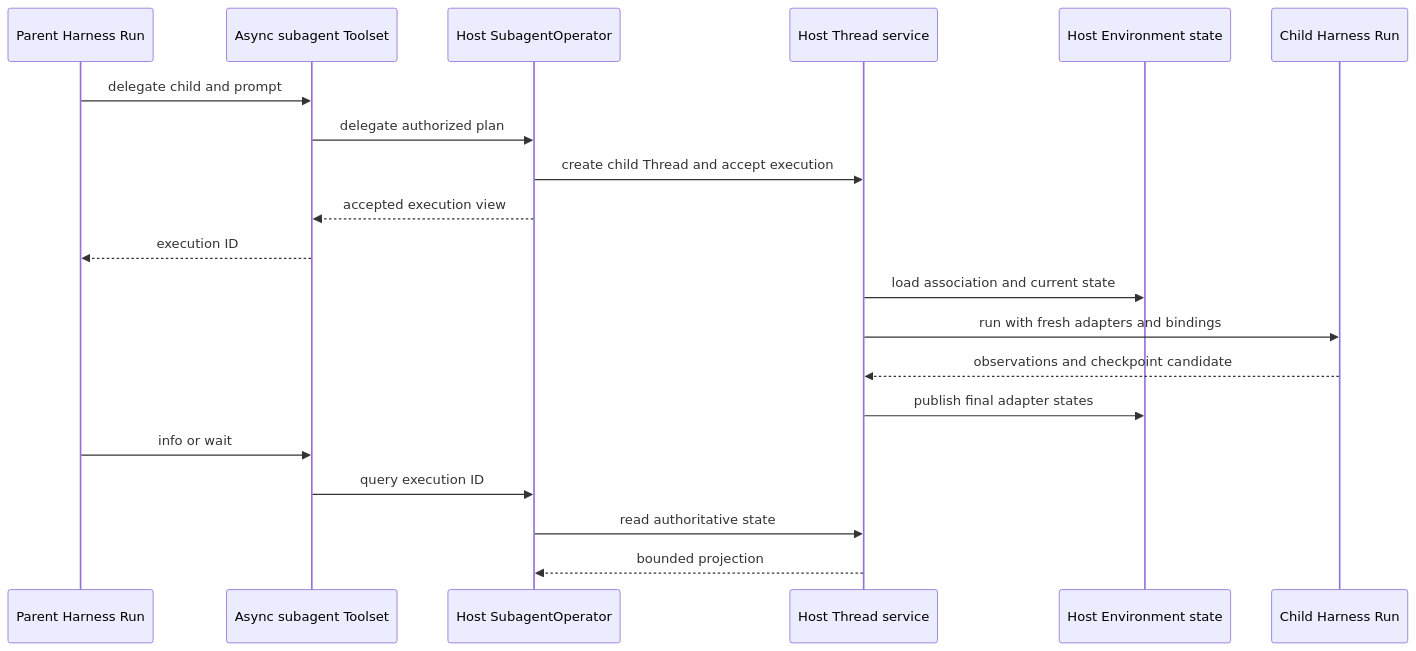
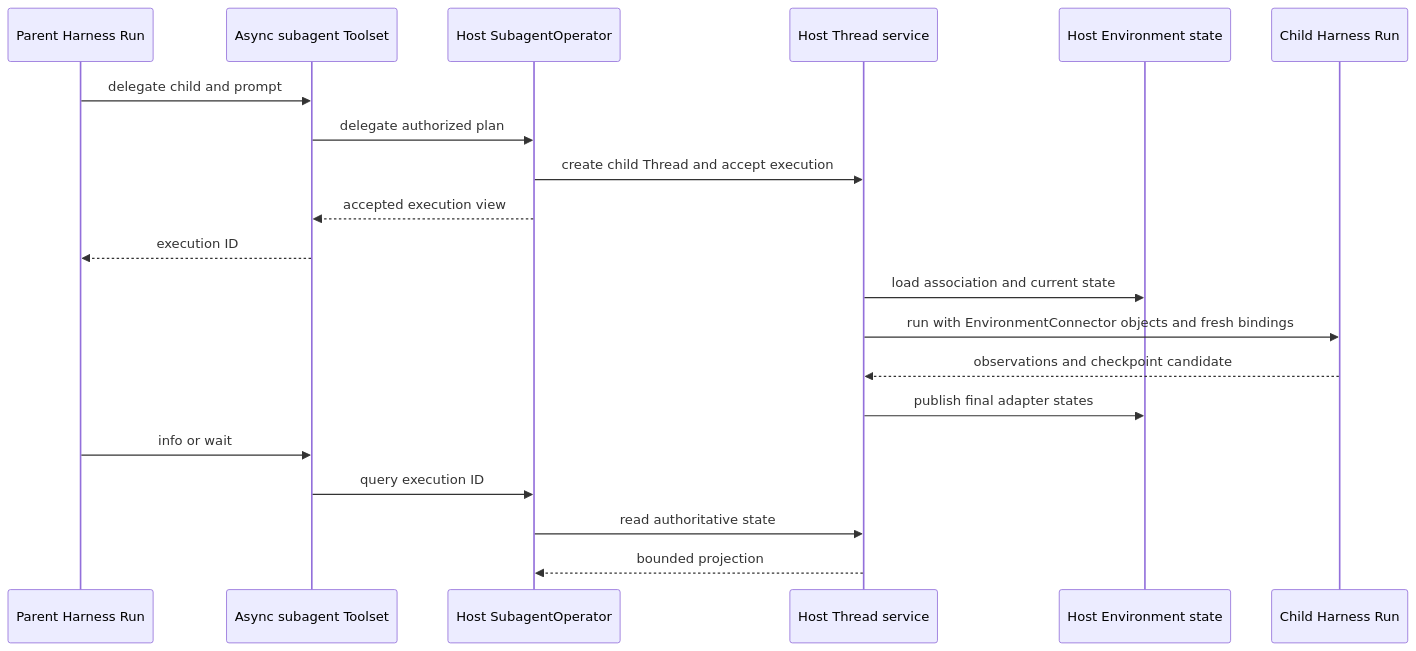
One commit to converge-ai-labs/agent-foundation changed the second of 2 diagrams in spec/a13n-harness/20-async-components-and-lifecycle.md. Above: the diagram before and after it, drawn with Mermaid. The commit also changed other lines of this file and 37 other files, not shown here.

````diff
--- a/spec/a13n-harness/20-async-components-and-lifecycle.md
+++ b/spec/a13n-harness/20-async-components-and-lifecycle.md
@@ -98,23 +98,23 @@
 ```mermaid
 sequenceDiagram
     participant Parent as Parent Harness Run
     participant Tools as Async subagent Toolset
     participant Operator as Host SubagentOperator
     participant Threads as Host Thread service
     participant Envs as Host Environment state
     participant Child as Child Harness Run
 
     Parent->>Tools: delegate child and prompt
     Tools->>Operator: delegate authorized plan
     Operator->>Threads: create child Thread and accept execution
     Operator-->>Tools: accepted execution view
     Tools-->>Parent: execution ID
     Threads->>Envs: load association and current state
-    Threads->>Child: run with fresh adapters and bindings
+    Threads->>Child: run with EnvironmentConnector objects and fresh bindings
     Child-->>Threads: observations and checkpoint candidate
     Threads->>Envs: publish final adapter states
     Parent->>Tools: info or wait
     Tools->>Operator: query execution ID
     Operator->>Threads: read authoritative state
     Threads-->>Operator: bounded projection
 ```
````
